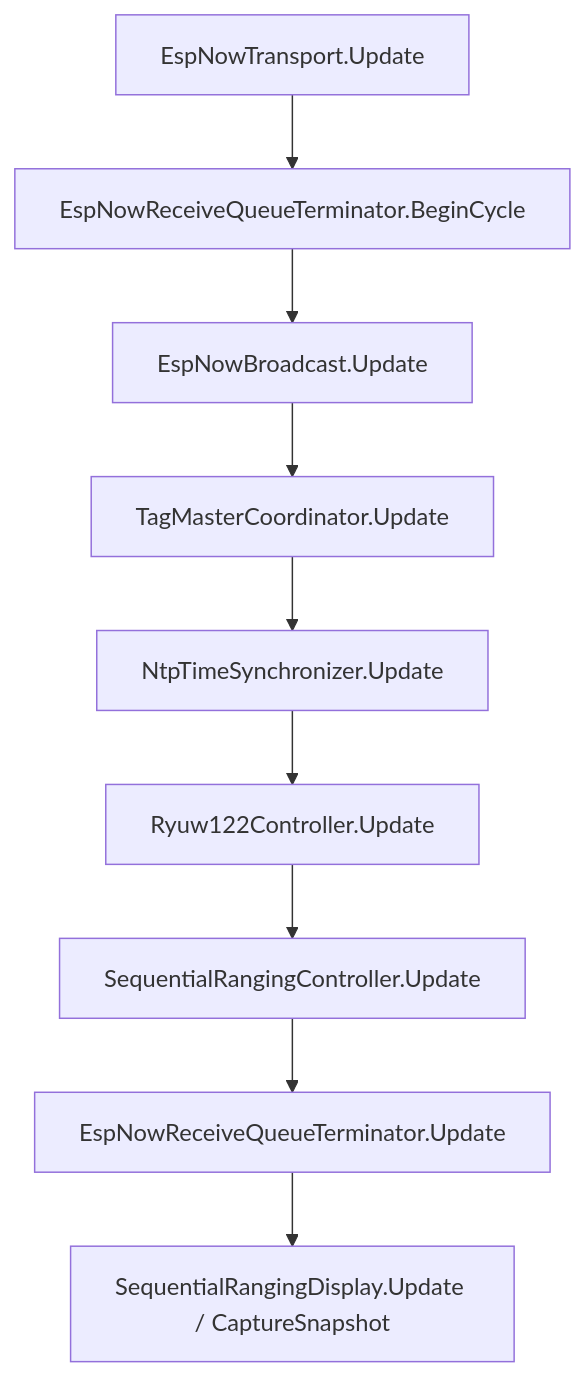
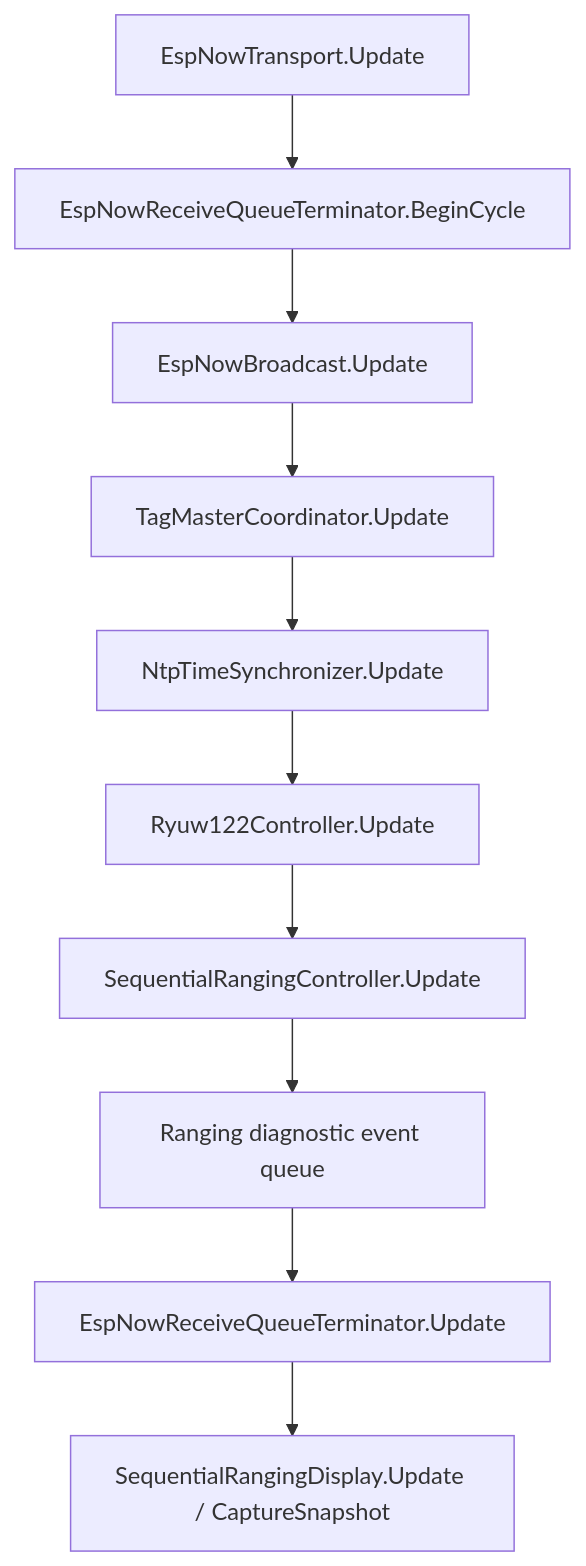
The second of 4 diagrams in docs/current-class-architecture.md (ssaattww/RYUW122_M5StickS3), drawn with Mermaid before and after one commit. The commit also changed other lines of this file and 38 other files, not shown here.

````diff
--- a/docs/current-class-architecture.md
+++ b/docs/current-class-architecture.md
@@ -140,11 +144,12 @@
 ```mermaid
 flowchart TD
     A[EspNowTransport.Update] --> B[EspNowReceiveQueueTerminator.BeginCycle]
     B --> C[EspNowBroadcast.Update]
     C --> D[TagMasterCoordinator.Update]
     D --> E[NtpTimeSynchronizer.Update]
     E --> F[Ryuw122Controller.Update]
     F --> G[SequentialRangingController.Update]
-    G --> H[EspNowReceiveQueueTerminator.Update]
-    H --> I[SequentialRangingDisplay.Update / CaptureSnapshot]
+    G --> H[Ranging diagnostic event queue]
+    H --> I[EspNowReceiveQueueTerminator.Update]
+    I --> J[SequentialRangingDisplay.Update / CaptureSnapshot]
 ```
````
